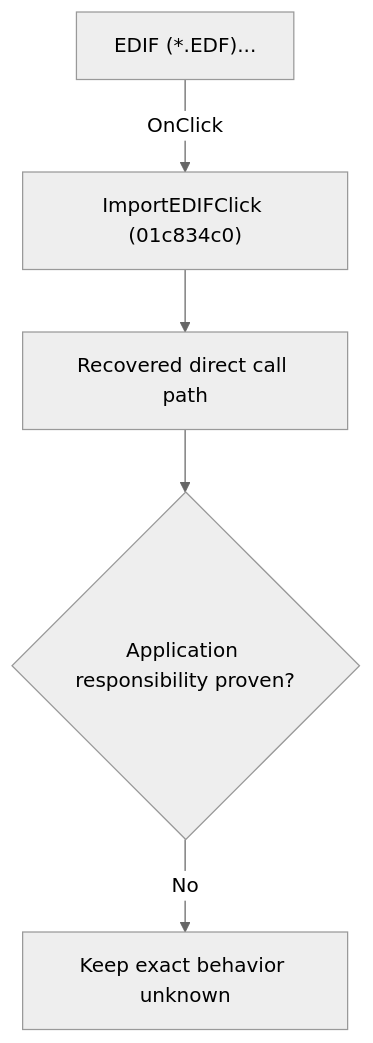
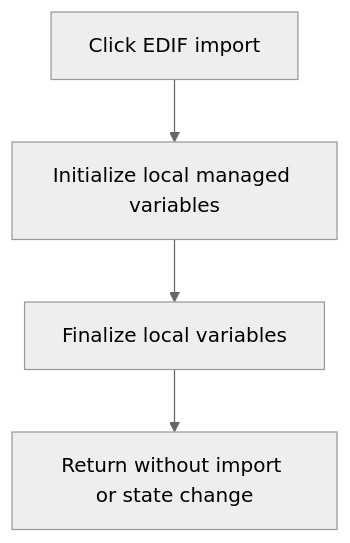
One commit to MovGP0/TIARA changed the diagram in docs/ui-controls/schematiceditor/importedif-8077540b56.md. Above: the diagram before and after it, drawn with Mermaid (neutral theme). The commit also changed other lines of this file and 241 other files, not shown here.

````diff
--- a/docs/ui-controls/schematiceditor/importedif-8077540b56.md
+++ b/docs/ui-controls/schematiceditor/importedif-8077540b56.md
@@ -27,7 +27,6 @@
 ```mermaid
 flowchart TD
-    control["EDIF (*.EDF)..."] -->|"OnClick"| handler["ImportEDIFClick (01c834c0)"]
-    handler --> recovered["Recovered direct call path"]
-    recovered --> gap{"Application responsibility proven?"}
-    gap -->|"No"| blocked["Keep exact behavior unknown"]
+    control["Click EDIF import"] --> handler["Initialize local managed variables"]
+    handler --> cleanup["Finalize local variables"]
+    cleanup --> stop["Return without import or state change"]
 ```
````
